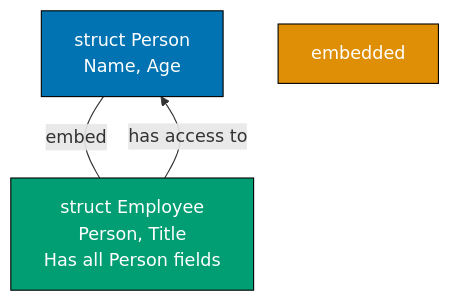
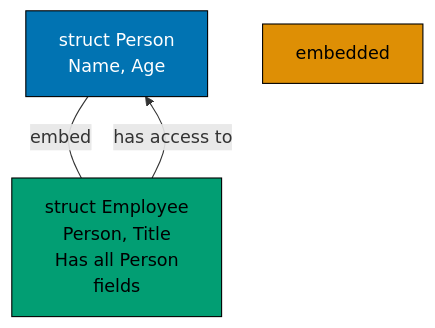
The first of 12 diagrams in apps/ayokoding-www/content/en/learn/legacy/software-engineering/programming-languages/golang/by-example/intermediate.md (wahidyankf/ose-public), drawn with Mermaid before and after one commit. The commit also changed other lines of this file and 112 other files, not shown here.

First line of the commit message:
fix(mermaid): bring the legacy programming-languages diagrams onto the accessible palette

````diff
--- a/apps/ayokoding-www/content/en/learn/legacy/software-engineering/programming-languages/golang/by-example/intermediate.md
+++ b/apps/ayokoding-www/content/en/learn/legacy/software-engineering/programming-languages/golang/by-example/intermediate.md
@@ -15,14 +15,20 @@
 ```mermaid
 %% Color Palette: Blue #0173B2, Orange #DE8F05, Teal #029E73, Purple #CC78BC, Brown #CA9161
 graph TD
+    accTitle: Example 31: Type Embedding and Composition
+    accDescr: Graph with 3 nodes and 2 connections. Nodes: struct Person Name, Age, embedded, struct Employee Person, Title Has all Person fields. Connections: struct Person Name, Age to struct Employee Person, Title Has all Person fields (embed), struct Employee Person, Title Has all Person fields to struct Person Name, Age (has access to).
     A["struct Person<br/>Name, Age"]
     B["embedded"]
-    C["struct Employee<br/>Person, Title<br/>Has all Person fields"]
+    C["struct Employee<br/>Person, Title<br/>Has all Person<br/>fields"]
 
     A ---|embed| C
     C -->|"has access to"| A
 
-    style A fill:#0173B2,stroke:#000,color:#fff
-    style B fill:#DE8F05,stroke:#000,color:#fff
-    style C fill:#029E73,stroke:#000,color:#fff
+    classDef pal-0173B2 fill:#0173B2,stroke:#000000,color:#FFFFFF
+    class A pal-0173B2
+    classDef pal-DE8F05 fill:#DE8F05,stroke:#000000,color:#000000
+    class B pal-DE8F05
+    classDef pal-029E73 fill:#029E73,stroke:#000000,color:#000000
+    class C pal-029E73
+    classDef default fill:#FFFFFF,stroke:#000000,color:#000000
 ```
````
